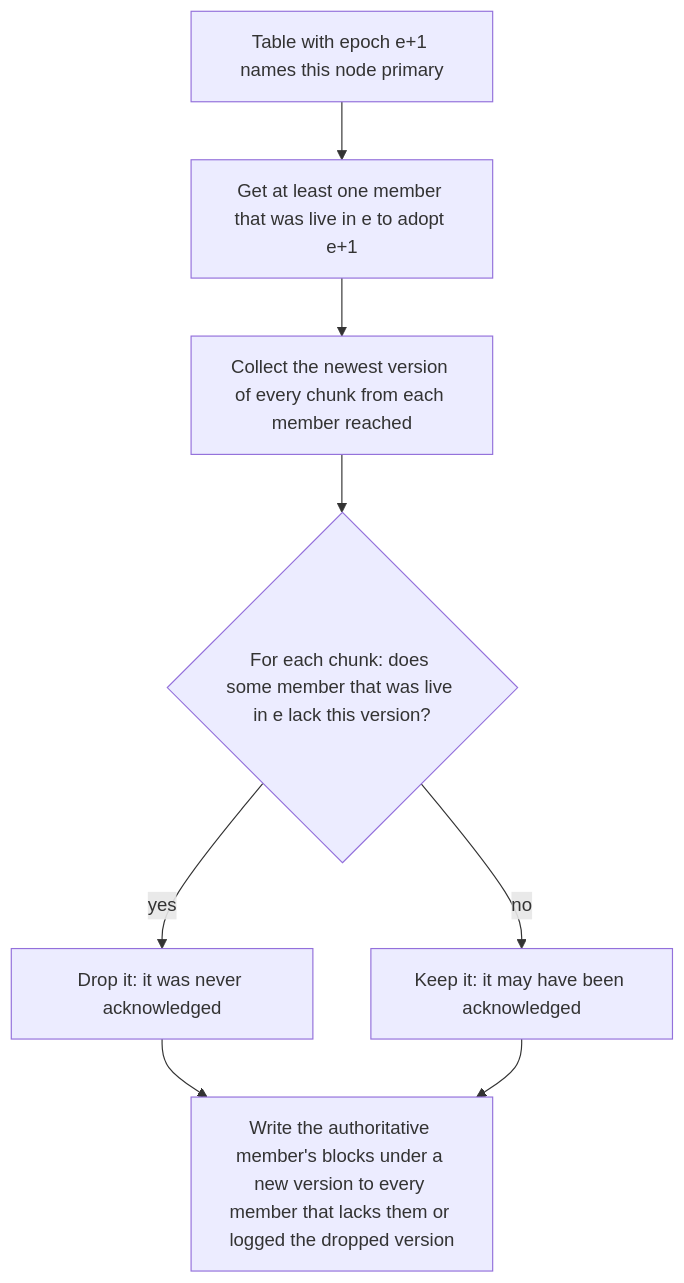
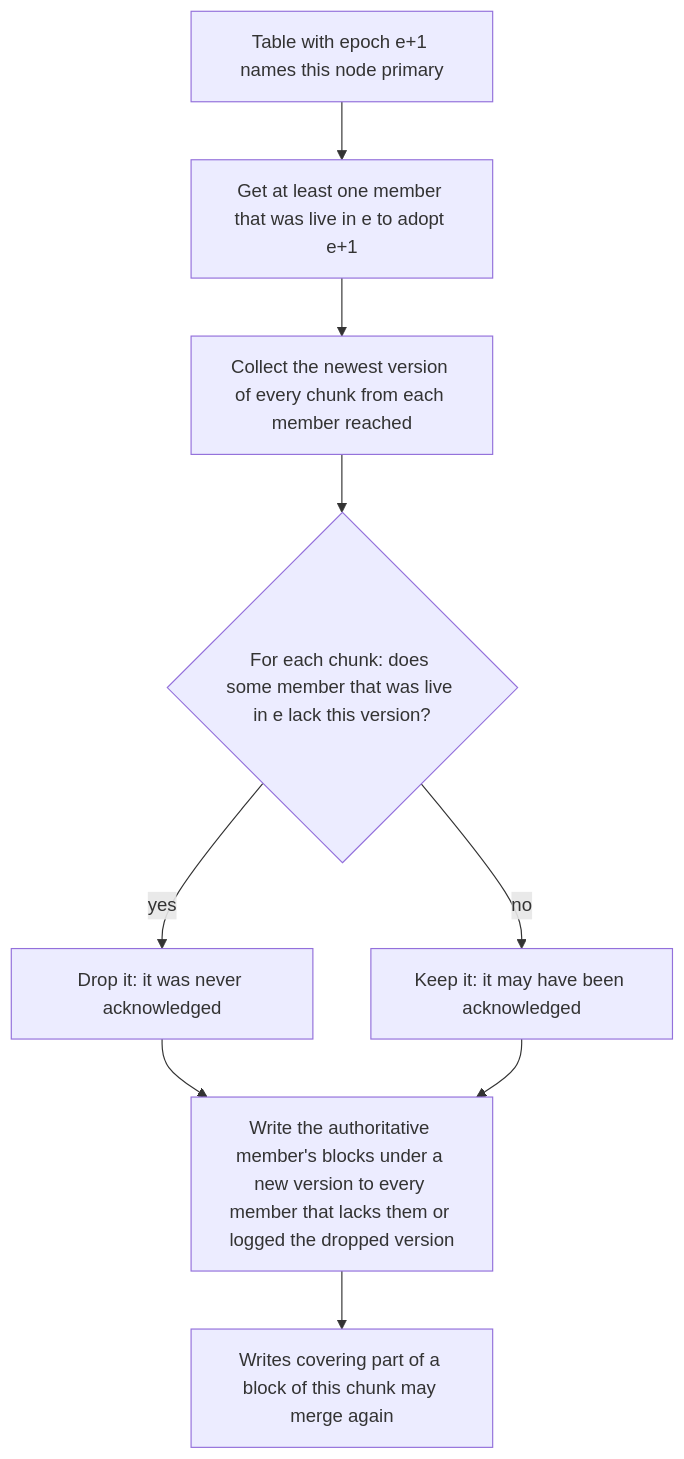
Before and after one commit to nvcnvn/rock-solid: the fourth of 9 diagrams in blogs/03-epochs-leases-and-failures.md, drawn with Mermaid. The commit also changed other lines of this file and 11 other files, not shown here.

First line of the commit message:
Merge partial-block writes at the chunk primary

````diff
--- a/blogs/03-epochs-leases-and-failures.md
+++ b/blogs/03-epochs-leases-and-failures.md
@@ -272,10 +272,11 @@
 ```mermaid
 flowchart TD
     T["Table with epoch e+1 names this node primary"] --> AD["Get at least one member that was live in e to adopt e+1"]
     AD --> CO["Collect the newest version of every chunk from each member reached"]
     CO --> Q{"For each chunk: does some member that was live in e lack this version?"}
     Q -- yes --> DR["Drop it: it was never acknowledged"]
     Q -- no --> KE["Keep it: it may have been acknowledged"]
     DR --> RE["Write the authoritative member's blocks under a new version to every member that lacks them or logged the dropped version"]
     KE --> RE
+    RE --> PW["Writes covering part of a block of this chunk may merge again"]
 ```
````
